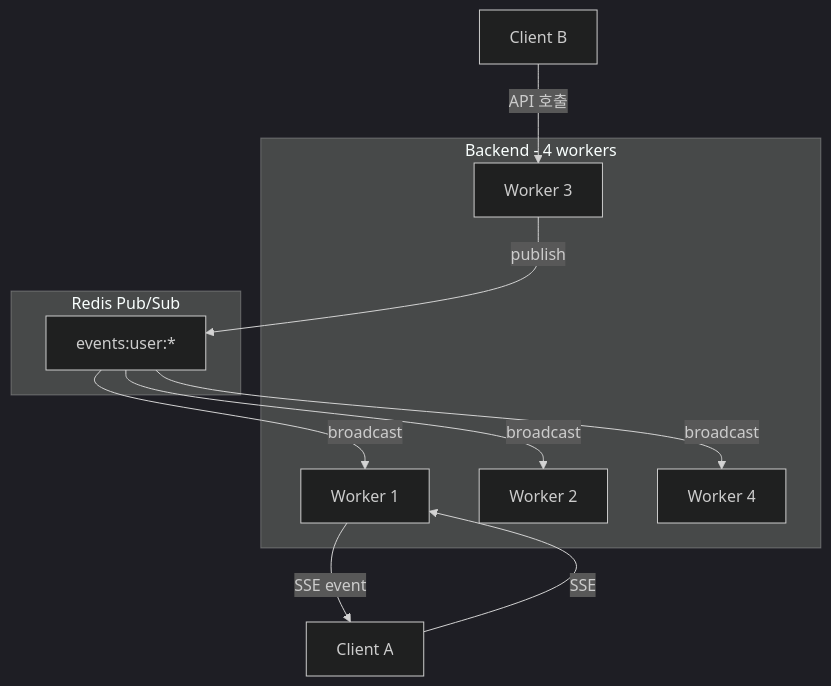
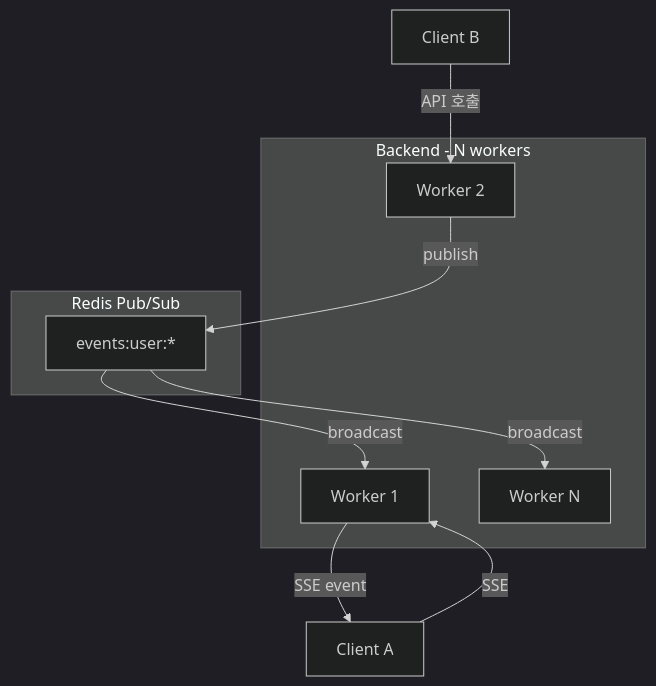
Before and after one commit to cagojeiger/code-hub: diagram 11 of 12 in docs/architecture.md, drawn with Mermaid (dark theme). The commit also changed other lines of this file and 1 other file, not shown here.

````diff
--- a/docs/architecture.md
+++ b/docs/architecture.md
@@ -384,23 +391,21 @@
 ```mermaid
 graph TB
-    subgraph Backend[Backend - 4 workers]
+    subgraph Backend[Backend - N workers]
         W1[Worker 1]
         W2[Worker 2]
-        W3[Worker 3]
-        W4[Worker 4]
+        WN[Worker N]
     end
 
     subgraph Redis[Redis Pub/Sub]
         CH[events:user:*]
     end
 
     C1[Client A] -->|SSE| W1
-    C2[Client B] -->|API 호출| W3
+    C2[Client B] -->|API 호출| W2
 
-    W3 -->|publish| CH
+    W2 -->|publish| CH
     CH -->|broadcast| W1
-    CH -->|broadcast| W2
-    CH -->|broadcast| W4
+    CH -->|broadcast| WN
 
     W1 -->|SSE event| C1
 ```
````
